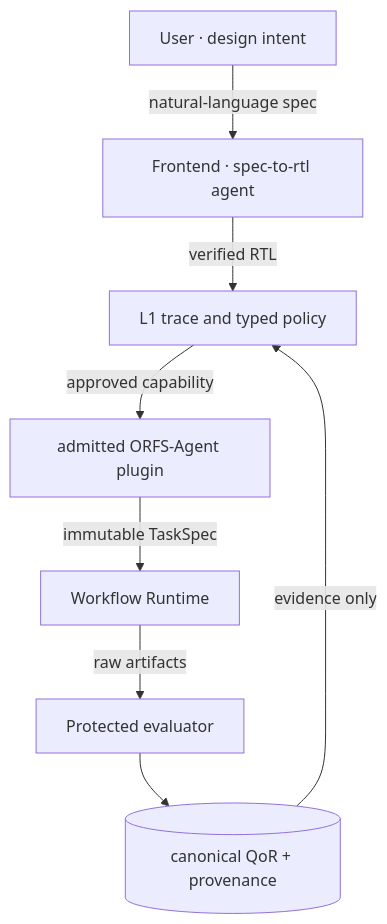
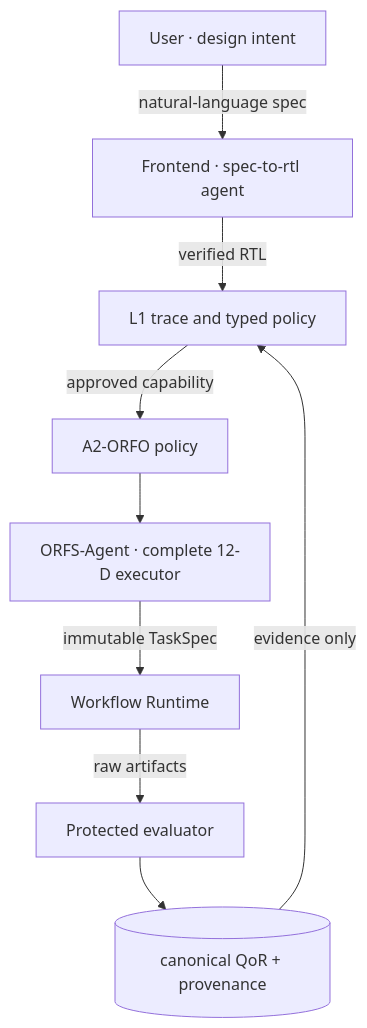
The first of 2 diagrams in README.md (yuan-fd/Agentic-RTLtoGDS-Design-Digital-Learning-Platform), drawn with Mermaid before and after one commit. The commit also changed other lines of this file and 243 other files, not shown here.

````diff
--- a/README.md
+++ b/README.md
@@ -33,10 +33,11 @@
 ```mermaid
 graph TD
     U[User · design intent] -->|natural-language spec| FE[Frontend · spec-to-rtl agent]
     FE -->|verified RTL| L1[DesignGoal + typed policy]
-    L1 -->|approved capability| L2[admitted ORFS-Agent plugin]
-    L2 -->|immutable TaskSpec| RT[Workflow Runtime]
+    L1 -->|approved capability| L2[A2-ORFO policy]
+    L2 --> EX[ORFS-Agent · complete 12-D executor]
+    EX -->|immutable TaskSpec| RT[Workflow Runtime]
     RT -->|raw artifacts| EV[Protected evaluator]
     EV --> OBS[(canonical QoR + provenance)]
     OBS -->|evidence only| L1[L1 trace and typed policy]
 ```
````
